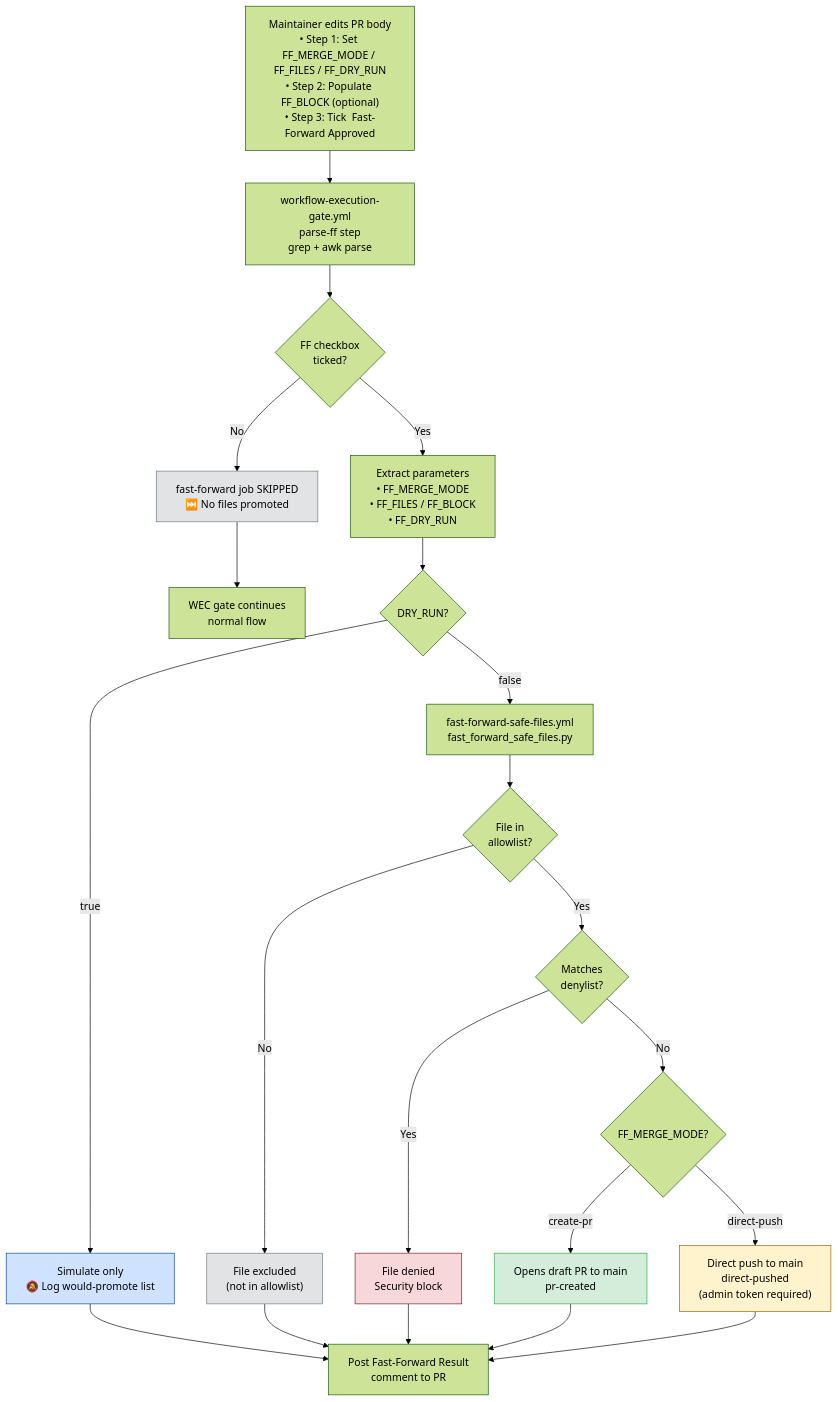
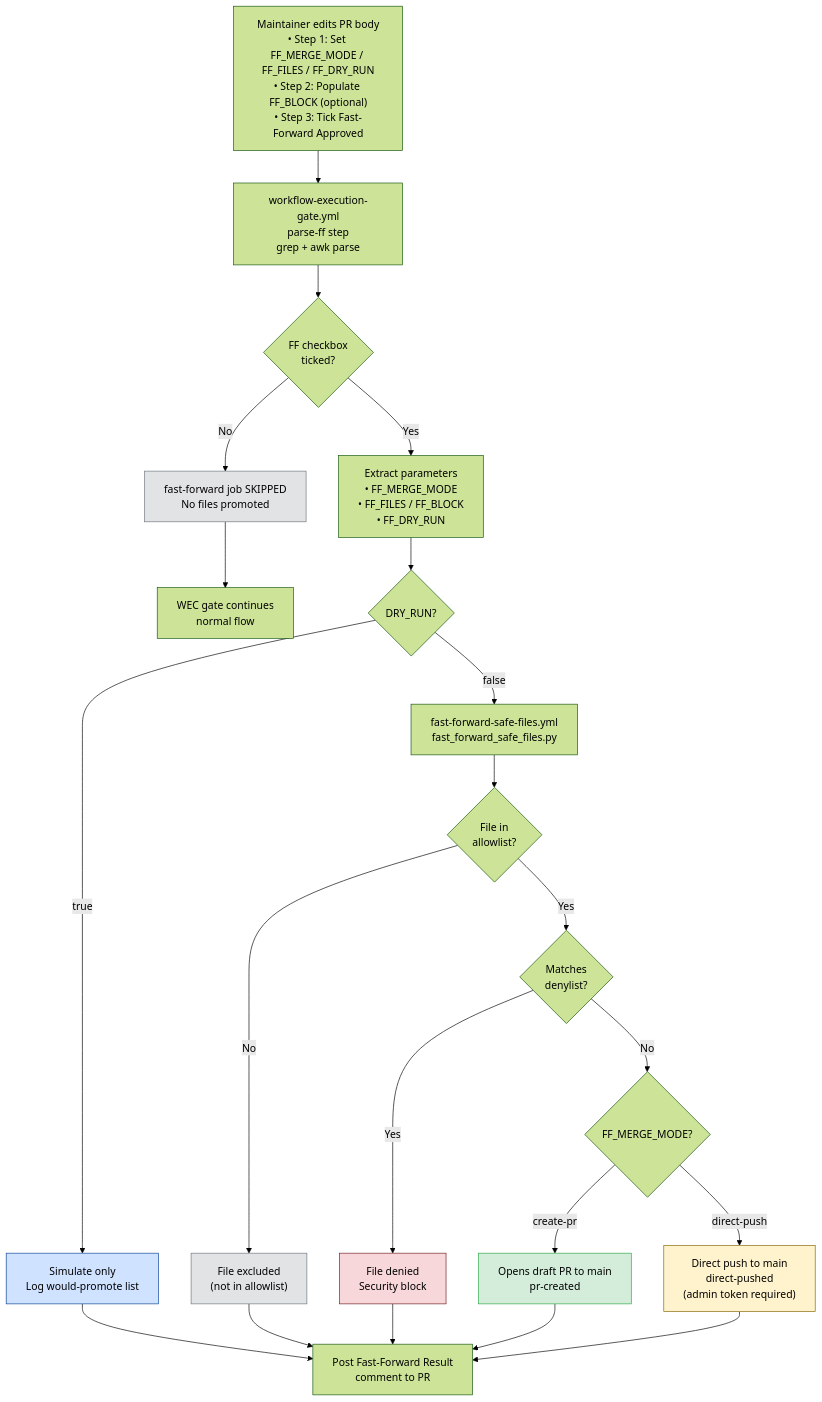
One commit to Aries-Serpent/_codex_ changed the eighth of 14 diagrams in docs/ci/PR_LIFECYCLE.md. Above: the diagram before and after it, drawn with Mermaid (forest theme). The commit also changed other lines of this file and 4117 other files, not shown here.

````diff
--- a/docs/ci/PR_LIFECYCLE.md
+++ b/docs/ci/PR_LIFECYCLE.md
@@ -2029,37 +2112,53 @@
 ```mermaid
-%%{init: {'accessibility': {'title': 'Flowchart showing "Maintainer edits PR body\n• Step 1: Set FF_MERGE_MODE / FF_FILES / FF_DRY_RUN\n• Step 2: Populate FF_BLOCK (optional)\n• Step 3: Tick  Fast-Forward Approved", "workflow-execution-gate.yml\nparse-ff step\ngrep + awk parse"'}}%%
+%%{init: {'accessibility': {'title': 'Flowchart showing "Maintainer edits PR body\n• Step 1: Set FF_MERGE_MODE / FF_FILES / FF_DRY_RUN\n• Step 2: Populate FF_BLOCK (optional)\n• Step 3: Tick Fast-Forward Approved", "workflow-execution-gate.yml\nparse-ff step\ngrep + awk parse"'}}%%
+
 flowchart TD
-    PR_EDIT["Maintainer edits PR body\n• Step 1: Set FF_MERGE_MODE / FF_FILES / FF_DRY_RUN\n• Step 2: Populate FF_BLOCK (optional)\n• Step 3: Tick  Fast-Forward Approved"]
-    PR_EDIT --> WEC["workflow-execution-gate.yml\nparse-ff step\ngrep + awk parse"]
+ PR_EDIT["Maintainer edits PR body\n• Step 1: Set FF_MERGE_MODE / FF_FILES / FF_DRY_RUN\n• Step 2: Populate FF_BLOCK (optional)\n• Step 3: Tick Fast-Forward Approved"]
 
-    WEC --> FFCHECK{FF checkbox\nticked?}
-    FFCHECK -->|No| SKIP_FF["fast-forward job SKIPPED\n⏭️ No files promoted"]
-    FFCHECK -->|Yes| PARSE["Extract parameters\n• FF_MERGE_MODE\n• FF_FILES / FF_BLOCK\n• FF_DRY_RUN"]
+ PR_EDIT --> WEC["workflow-execution-gate.yml\nparse-ff step\ngrep + awk parse"]
 
-    PARSE --> DRY{DRY_RUN?}
-    DRY -->|true| DRY_OUT["Simulate only\n🔕 Log would-promote list"]
-    DRY -->|false| FF_JOB["fast-forward-safe-files.yml\nfast_forward_safe_files.py"]
+ WEC --> FFCHECK{FF checkbox\nticked?}
 
-    FF_JOB --> ALLOWED{File in\nallowlist?}
-    ALLOWED -->|No| EXCLUDED["File excluded\n(not in allowlist)"]
-    ALLOWED -->|Yes| DENYCHECK{Matches\ndenylist?}
-    DENYCHECK -->|Yes| DENIED["File denied\n Security block"]
-    DENYCHECK -->|No| MERGE_MODE{FF_MERGE_MODE?}
+ FFCHECK -->|No| SKIP_FF["fast-forward job SKIPPED\n No files promoted"]
 
-    MERGE_MODE -->|create-pr| PR_CREATED["Opens draft PR to main\n pr-created"]
-    MERGE_MODE -->|direct-push| PUSH["Direct push to main\n direct-pushed\n(admin token required)"]
+ FFCHECK -->|Yes| PARSE["Extract parameters\n• FF_MERGE_MODE\n• FF_FILES / FF_BLOCK\n• FF_DRY_RUN"]
 
-    PR_CREATED --> RESULT["Post  Fast-Forward Result\ncomment to PR\n<!-- wec-ff-result:PR# -->"]
-    PUSH --> RESULT
-    DRY_OUT --> RESULT
-    EXCLUDED --> RESULT
-    DENIED --> RESULT
-    SKIP_FF --> END["WEC gate continues\nnormal flow"]
+ PARSE --> DRY{DRY_RUN?}
 
-    style PR_CREATED fill:#d4edda,stroke:#28a745
-    style PUSH fill:#fff3cd,stroke:#856404
-    style DENIED fill:#f8d7da,stroke:#721c24
-    style SKIP_FF fill:#e2e3e5,stroke:#6c757d
-    style DRY_OUT fill:#cfe2ff,stroke:#084298
-    style EXCLUDED fill:#e2e3e5,stroke:#6c757d
+ DRY -->|true| DRY_OUT["Simulate only\n Log would-promote list"]
+
+ DRY -->|false| FF_JOB["fast-forward-safe-files.yml\nfast_forward_safe_files.py"]
+
+ FF_JOB --> ALLOWED{File in\nallowlist?}
+
+ ALLOWED -->|No| EXCLUDED["File excluded\n(not in allowlist)"]
+
+ ALLOWED -->|Yes| DENYCHECK{Matches\ndenylist?}
+
+ DENYCHECK -->|Yes| DENIED["File denied\n Security block"]
+
+ DENYCHECK -->|No| MERGE_MODE{FF_MERGE_MODE?}
+
+ MERGE_MODE -->|create-pr| PR_CREATED["Opens draft PR to main\n pr-created"]
+
+ MERGE_MODE -->|direct-push| PUSH["Direct push to main\n direct-pushed\n(admin token required)"]
+
+ PR_CREATED --> RESULT["Post Fast-Forward Result\ncomment to PR\n<!-- wec-ff-result:PR# -->"]
+
+ PUSH --> RESULT
+
+ DRY_OUT --> RESULT
+
+ EXCLUDED --> RESULT
+
+ DENIED --> RESULT
+
+ SKIP_FF --> END["WEC gate continues\nnormal flow"]
+
+ style PR_CREATED fill:#d4edda,stroke:#28a745
+ style PUSH fill:#fff3cd,stroke:#856404
+ style DENIED fill:#f8d7da,stroke:#721c24
+ style SKIP_FF fill:#e2e3e5,stroke:#6c757d
+ style DRY_OUT fill:#cfe2ff,stroke:#084298
+ style EXCLUDED fill:#e2e3e5,stroke:#6c757d
 ```
````
